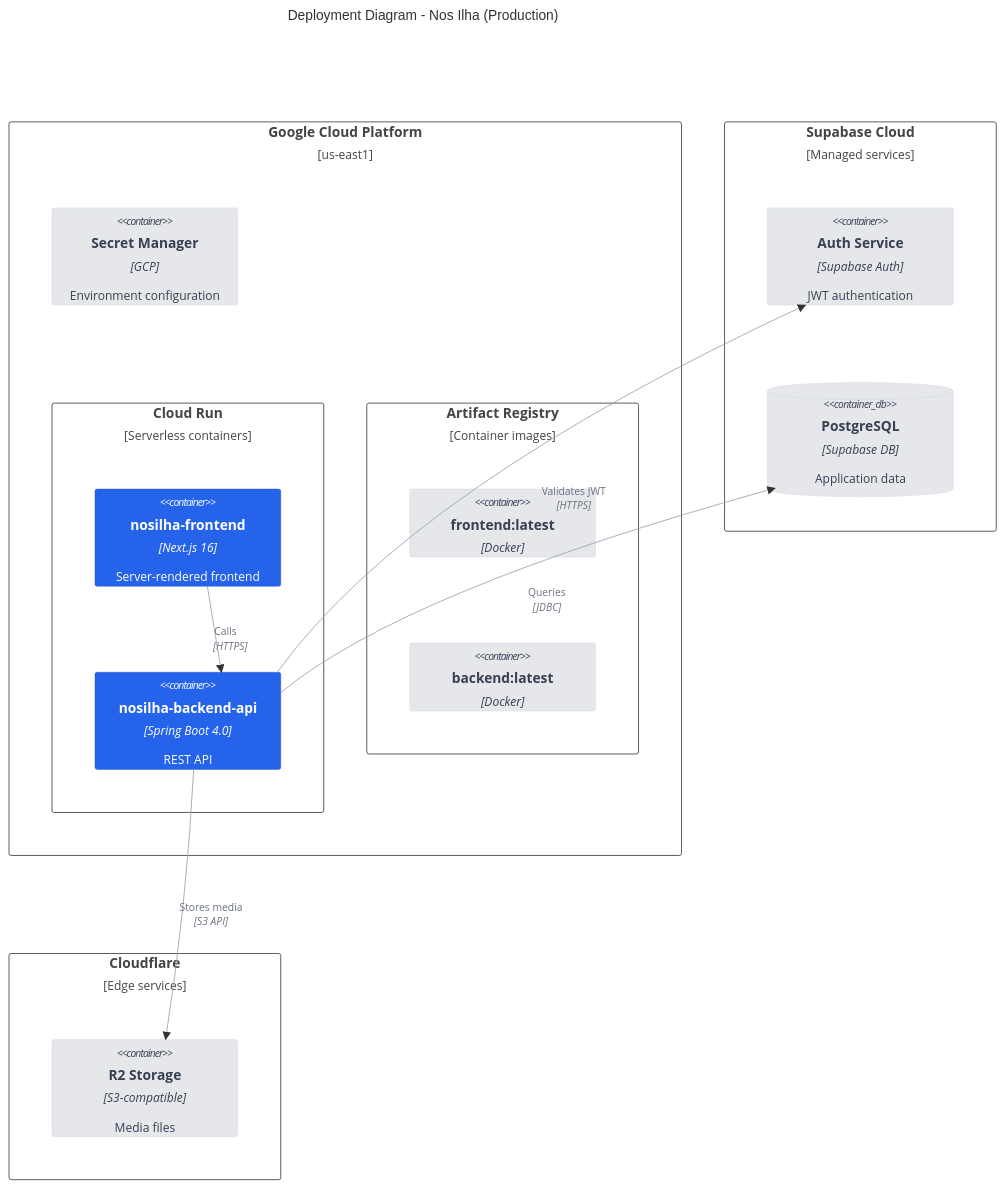
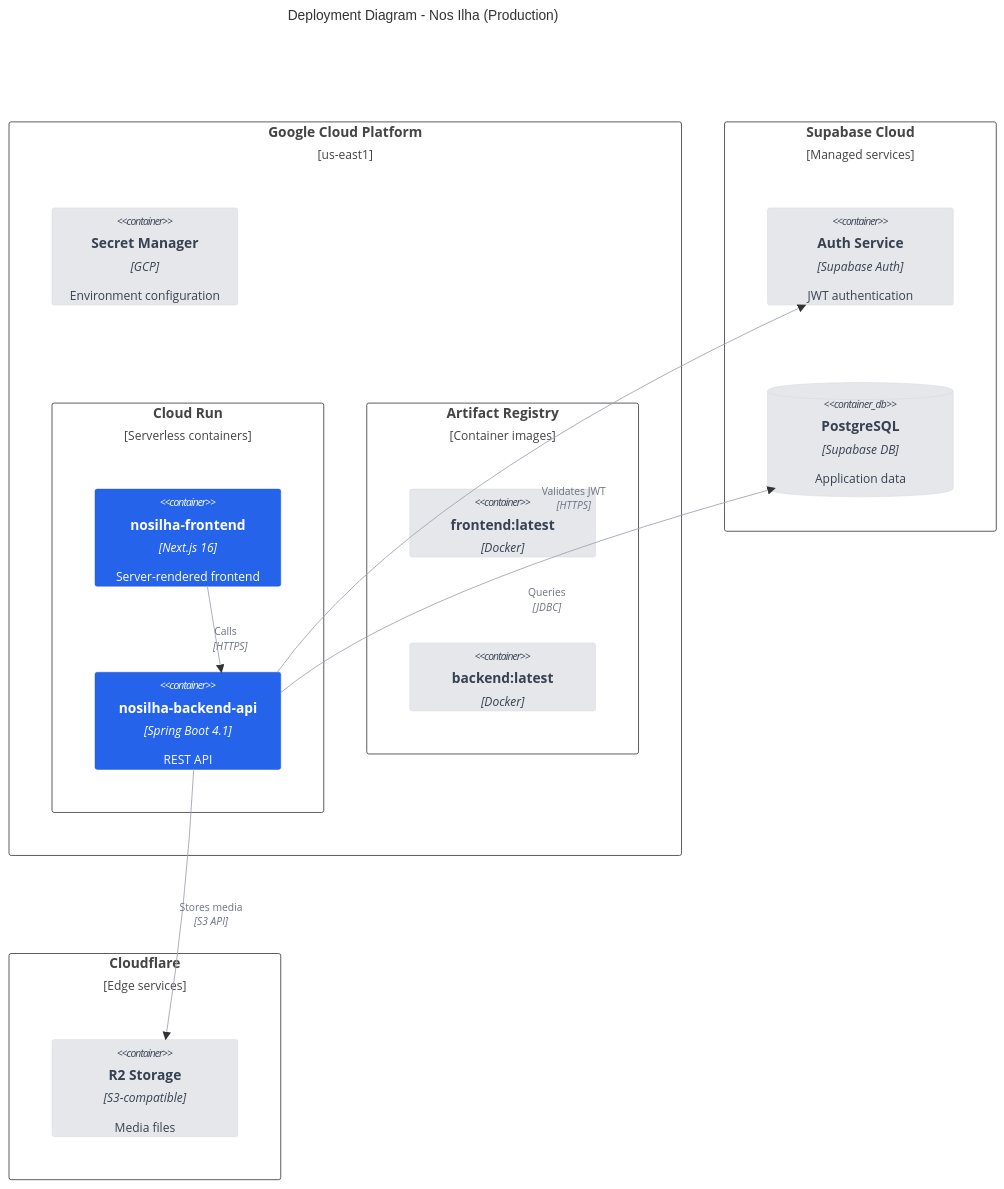
The sixth of 6 diagrams in docs/20-architecture/architecture.md (deznode/nosilha), drawn with Mermaid before and after one commit. The commit also changed other lines of this file and 10 other files, not shown here.

````diff
--- a/docs/20-architecture/architecture.md
+++ b/docs/20-architecture/architecture.md
@@ -343,44 +343,44 @@
 ```mermaid
 C4Deployment
     title Deployment Diagram - Nos Ilha (Production)
 
     Deployment_Node(gcp, "Google Cloud Platform", "us-east1") {
         Deployment_Node(cloudrun, "Cloud Run", "Serverless containers") {
             Container(frontend, "nosilha-frontend", "Next.js 16", "Server-rendered frontend")
-            Container(backend, "nosilha-backend-api", "Spring Boot 4.0", "REST API")
+            Container(backend, "nosilha-backend-api", "Spring Boot 4.1", "REST API")
         }
         Deployment_Node(registry, "Artifact Registry", "Container images") {
             Container(fe_image, "frontend:latest", "Docker")
             Container(be_image, "backend:latest", "Docker")
         }
         Container(secrets, "Secret Manager", "GCP", "Environment configuration")
     }
 
     Deployment_Node(supabase_cloud, "Supabase Cloud", "Managed services") {
         Container(auth, "Auth Service", "Supabase Auth", "JWT authentication")
         ContainerDb(db, "PostgreSQL", "Supabase DB", "Application data")
     }
 
     Deployment_Node(cloudflare, "Cloudflare", "Edge services") {
         Container(r2, "R2 Storage", "S3-compatible", "Media files")
     }
 
     Rel(frontend, backend, "Calls", "HTTPS")
     Rel(backend, db, "Queries", "JDBC")
     Rel(backend, auth, "Validates JWT", "HTTPS")
     Rel(backend, r2, "Stores media", "S3 API")
 
     UpdateElementStyle(frontend, $fontColor="#ffffff", $bgColor="#2563EB", $borderColor="#1D4ED8")
     UpdateElementStyle(backend, $fontColor="#ffffff", $bgColor="#2563EB", $borderColor="#1D4ED8")
     UpdateElementStyle(fe_image, $fontColor="#374151", $bgColor="#E5E7EB", $borderColor="#D1D5DB")
     UpdateElementStyle(be_image, $fontColor="#374151", $bgColor="#E5E7EB", $borderColor="#D1D5DB")
     UpdateElementStyle(secrets, $fontColor="#374151", $bgColor="#E5E7EB", $borderColor="#D1D5DB")
     UpdateElementStyle(auth, $fontColor="#374151", $bgColor="#E5E7EB", $borderColor="#D1D5DB")
     UpdateElementStyle(db, $fontColor="#374151", $bgColor="#E5E7EB", $borderColor="#D1D5DB")
     UpdateElementStyle(r2, $fontColor="#374151", $bgColor="#E5E7EB", $borderColor="#D1D5DB")
 
     UpdateRelStyle(frontend, backend, $textColor="#6B7280", $lineColor="#9CA3AF")
     UpdateRelStyle(backend, db, $textColor="#6B7280", $lineColor="#9CA3AF")
     UpdateRelStyle(backend, auth, $textColor="#6B7280", $lineColor="#9CA3AF")
     UpdateRelStyle(backend, r2, $textColor="#6B7280", $lineColor="#9CA3AF")
 ```
````
